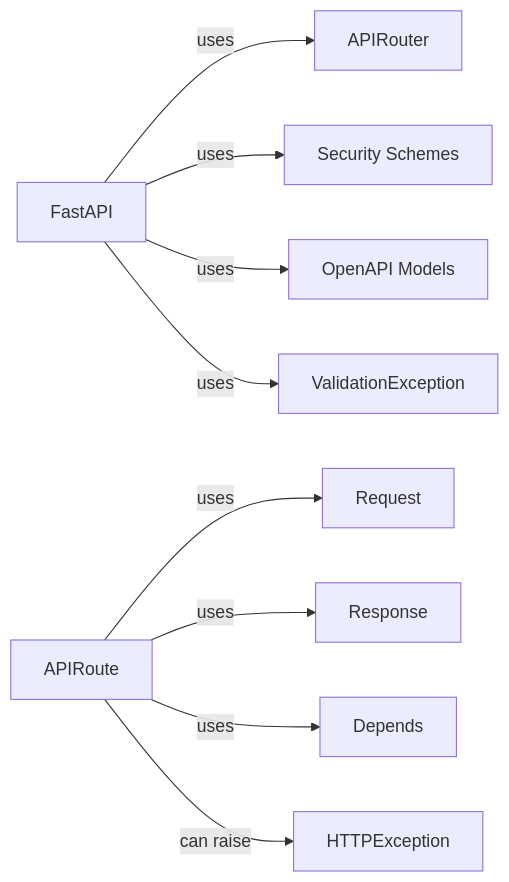
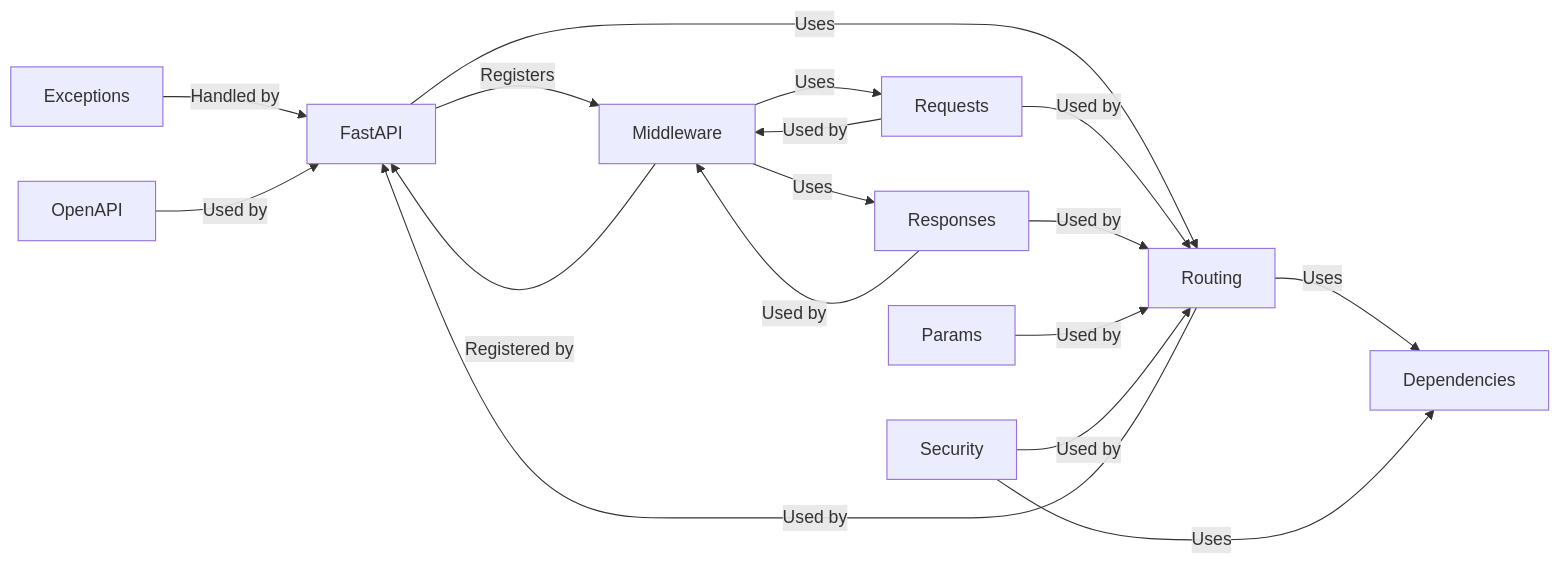
Before and after one commit to CodeBoarding/GeneratedOnBoardings: the diagram in fastapi/Application_Core.md, drawn with Mermaid. The commit also changed other lines of this file and 6 other files, not shown here.

````diff
--- a/fastapi/Application_Core.md
+++ b/fastapi/Application_Core.md
@@ -1,21 +1,30 @@
 ```mermaid
 graph LR
     FastAPI["FastAPI"]
-    APIRouter["APIRouter"]
-    APIRoute["APIRoute"]
-    Request["Request"]
-    Response["Response"]
-    Depends["Depends"]
-    HTTPException["HTTPException"]
-    Security_Schemes["Security Schemes"]
-    OpenAPI_Models["OpenAPI Models"]
-    ValidationException["ValidationException"]
-    FastAPI -- "uses" --> APIRouter
-    APIRoute -- "uses" --> Request
-    APIRoute -- "uses" --> Response
-    APIRoute -- "uses" --> Depends
-    APIRoute -- "can raise" --> HTTPException
-    FastAPI -- "uses" --> Security_Schemes
-    FastAPI -- "uses" --> OpenAPI_Models
-    FastAPI -- "uses" --> ValidationException
+    Routing["Routing"]
+    Dependencies["Dependencies"]
+    Requests["Requests"]
+    Responses["Responses"]
+    Params["Params"]
+    Security["Security"]
+    Middleware["Middleware"]
+    Exceptions["Exceptions"]
+    OpenAPI["OpenAPI"]
+    FastAPI -- "Uses" --> Routing
+    FastAPI -- "Registers" --> Middleware
+    Routing -- "Used by" --> FastAPI
+    Routing -- "Uses" --> Dependencies
+    Requests -- "Used by" --> Routing
+    Requests -- "Used by" --> Middleware
+    Responses -- "Used by" --> Routing
+    Responses -- "Used by" --> Middleware
+    Params -- "Used by" --> Routing
+    Security -- "Uses" --> Dependencies
+    Security -- "Used by" --> Routing
+    Middleware -- "Registered by" --> FastAPI
+    Middleware -- "Uses" --> Requests
+    Middleware -- "Uses" --> Responses
+    Exceptions -- "Handled by" --> FastAPI
+    OpenAPI -- "Used by" --> FastAPI
+    click Routing href "https://github.com/CodeBoarding/GeneratedOnBoardings/blob/main/fastapi/Routing.md" "Details"
 ```
````
